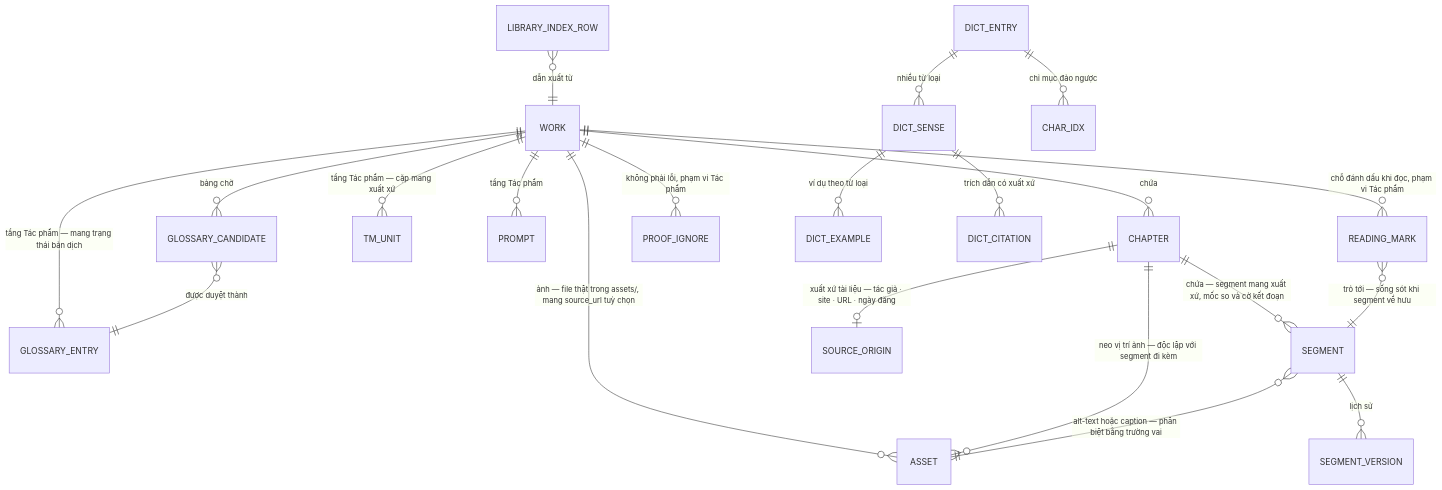
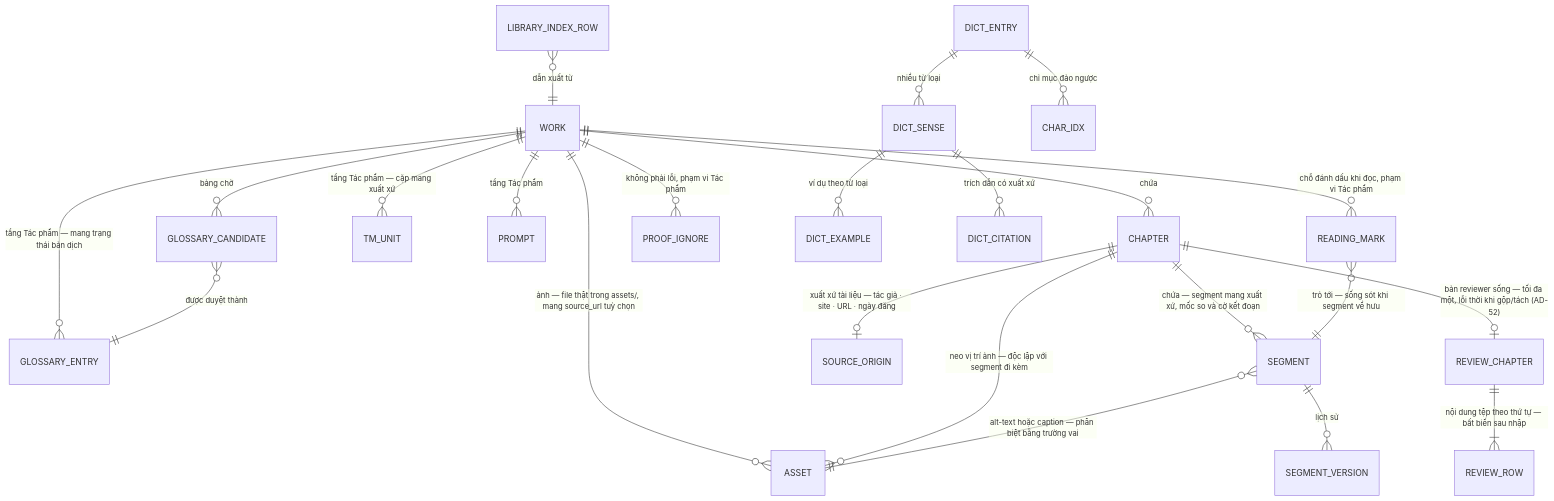
One commit to vannamhh/AuraTranslate changed the fourth of 4 diagrams in _bmad-output/initiative-auratranslate/architecture-auratranslate/architecture-auratranslate.md. Above: the diagram before and after it, drawn with Mermaid. The commit also changed other lines of this file and 5 other files, not shown here.

````diff
--- a/_bmad-output/initiative-auratranslate/architecture-auratranslate/architecture-auratranslate.md
+++ b/_bmad-output/initiative-auratranslate/architecture-auratranslate/architecture-auratranslate.md
@@ -1070,23 +1132,25 @@
 ```mermaid
 erDiagram
   WORK ||--o{ CHAPTER : "chứa"
   WORK ||--o{ GLOSSARY_ENTRY : "tầng Tác phẩm — mang trạng thái bản dịch"
   WORK ||--o{ GLOSSARY_CANDIDATE : "bảng chờ"
   WORK ||--o{ TM_UNIT : "tầng Tác phẩm — cặp mang xuất xứ"
   WORK ||--o{ PROMPT : "tầng Tác phẩm"
   WORK ||--o{ ASSET : "ảnh — file thật trong assets/, mang source_url tuỳ chọn"
   CHAPTER ||--o{ ASSET : "neo vị trí ảnh — độc lập với segment đi kèm"
   CHAPTER ||--o{ SEGMENT : "chứa — segment mang xuất xứ, mốc so và cờ kết đoạn"
   CHAPTER ||--o| SOURCE_ORIGIN : "xuất xứ tài liệu — tác giả · site · URL · ngày đăng"
   WORK ||--o{ READING_MARK : "chỗ đánh dấu khi đọc, phạm vi Tác phẩm"
   READING_MARK }o--|| SEGMENT : "trỏ tới — sống sót khi segment về hưu"
   SEGMENT ||--o{ SEGMENT_VERSION : "lịch sử"
   WORK ||--o{ PROOF_IGNORE : "không phải lỗi, phạm vi Tác phẩm"
   SEGMENT }o--|| ASSET : "alt-text hoặc caption — phân biệt bằng trường vai"
   GLOSSARY_CANDIDATE }o--|| GLOSSARY_ENTRY : "được duyệt thành"
+  CHAPTER ||--o| REVIEW_CHAPTER : "bản reviewer sống — tối đa một, lỗi thời khi gộp/tách (AD-52)"
+  REVIEW_CHAPTER ||--|{ REVIEW_ROW : "nội dung tệp theo thứ tự — bất biến sau nhập"
   DICT_ENTRY ||--o{ DICT_SENSE : "nhiều từ loại"
   DICT_SENSE ||--o{ DICT_EXAMPLE : "ví dụ theo từ loại"
   DICT_SENSE ||--o{ DICT_CITATION : "trích dẫn có xuất xứ"
   DICT_ENTRY ||--o{ CHAR_IDX : "chỉ mục đảo ngược"
   LIBRARY_INDEX_ROW }o--|| WORK : "dẫn xuất từ"
 ```
````
